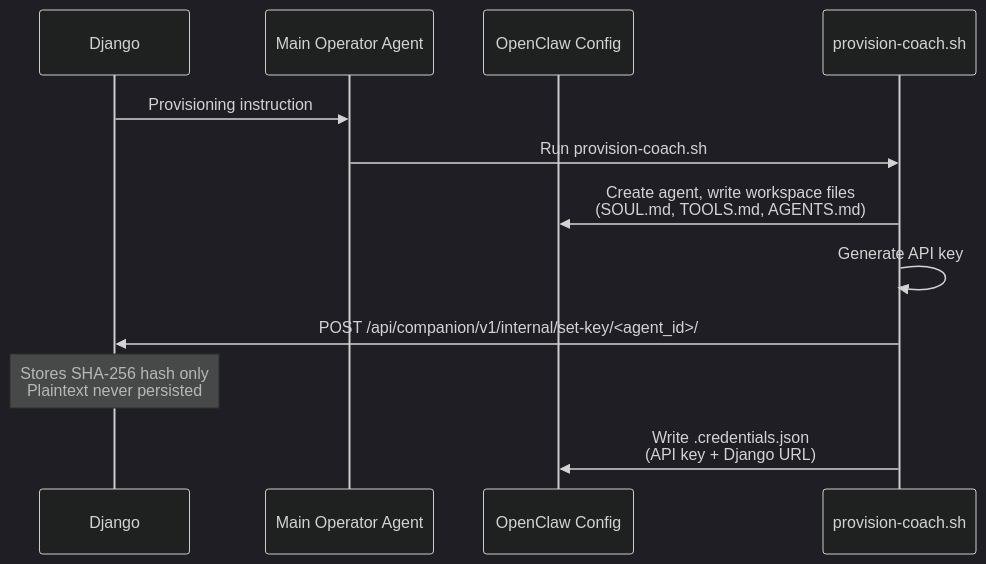
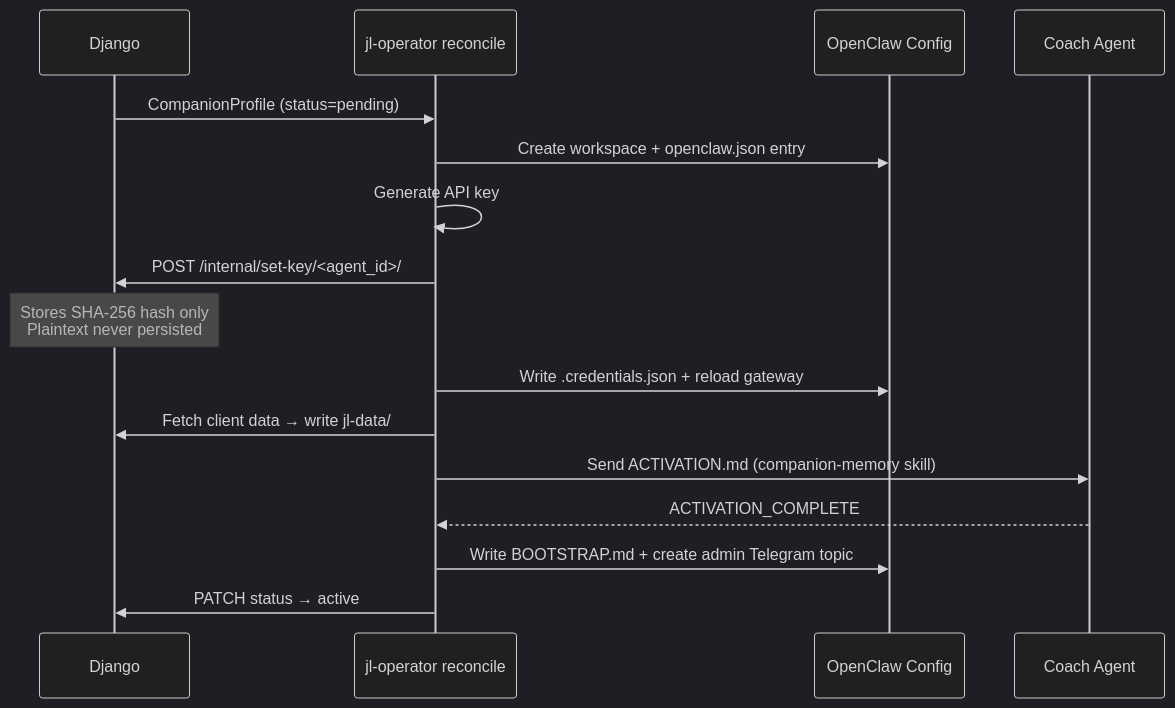
The second of 2 diagrams in docs/companion/operator.md (arc-eng/journeyloop-docs), drawn with Mermaid (dark theme) before and after one commit. The commit also changed other lines of this file and 11 other files, not shown here.

Commit message:
docs: operator changes Mar 11-15 — reconciler, dotfile IPC, monitoring, CLI split

````diff
--- a/docs/companion/operator.md
+++ b/docs/companion/operator.md
@@ -47,15 +52,19 @@
 ```mermaid
 sequenceDiagram
     participant Django
-    participant Operator as Main Operator Agent
+    participant Reconciler as jl-operator reconcile
     participant OpenClaw as OpenClaw Config
-    participant Script as provision-coach.sh
+    participant Agent as Coach Agent
 
-    Django->>Operator: Provisioning instruction
-    Operator->>Script: Run provision-coach.sh
-    Script->>OpenClaw: Create agent, write workspace files<br/>(SOUL.md, TOOLS.md, AGENTS.md)
-    Script->>Script: Generate API key
-    Script->>Django: POST /api/companion/v1/internal/set-key/<agent_id>/
+    Django->>Reconciler: CompanionProfile (status=pending)
+    Reconciler->>OpenClaw: Create workspace + openclaw.json entry
+    Reconciler->>Reconciler: Generate API key
+    Reconciler->>Django: POST /internal/set-key/<agent_id>/
     Note over Django: Stores SHA-256 hash only<br/>Plaintext never persisted
-    Script->>OpenClaw: Write .credentials.json<br/>(API key + Django URL)
+    Reconciler->>OpenClaw: Write .credentials.json + reload gateway
+    Reconciler->>Django: Fetch client data → write jl-data/
+    Reconciler->>Agent: Send ACTIVATION.md (companion-memory skill)
+    Agent-->>Reconciler: ACTIVATION_COMPLETE
+    Reconciler->>OpenClaw: Write BOOTSTRAP.md + create admin Telegram topic
+    Reconciler->>Django: PATCH status → active
 ```
````
